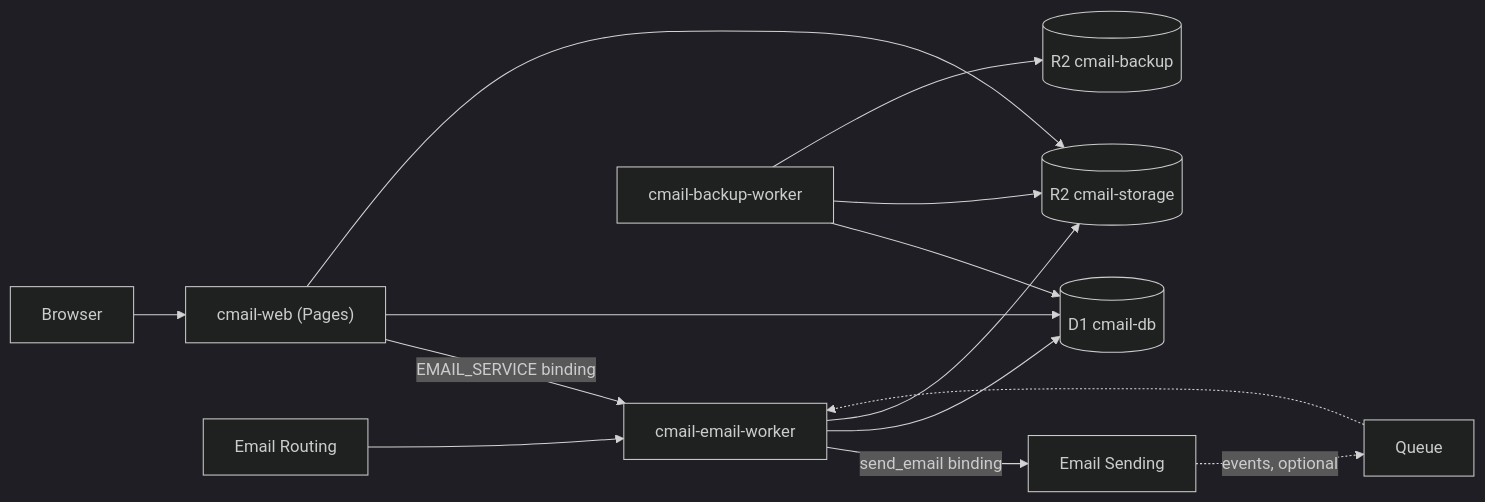
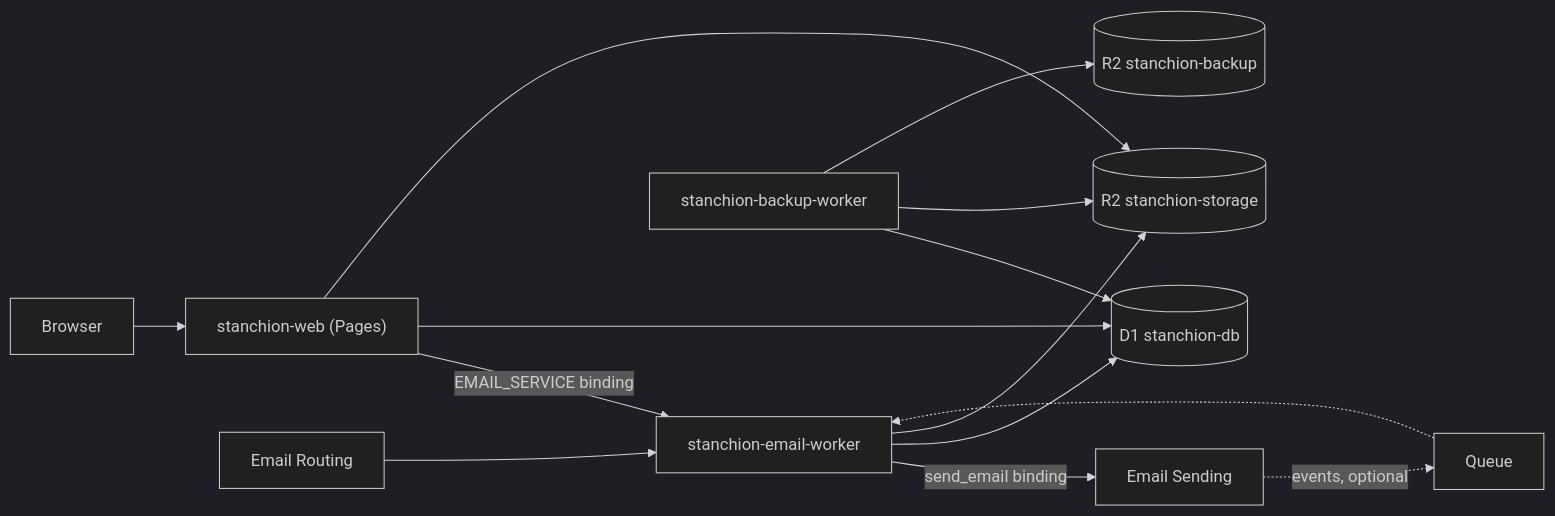
Before and after one commit to RME-Solutions-Technology/cmail: the diagram in docs/cloudflare-platform.md, drawn with Mermaid (dark theme). The commit also changed other lines of this file and 180 other files, not shown here.

````diff
--- a/docs/cloudflare-platform.md
+++ b/docs/cloudflare-platform.md
@@ -19,15 +19,15 @@
 ```mermaid
 flowchart LR
-  browser["Browser"] --> web["cmail-web (Pages)"]
-  web -->|"EMAIL_SERVICE binding"| worker["cmail-email-worker"]
+  browser["Browser"] --> web["stanchion-web (Pages)"]
+  web -->|"EMAIL_SERVICE binding"| worker["stanchion-email-worker"]
   worker -->|"send_email binding"| sending["Email Sending"]
   routing["Email Routing"] --> worker
   sending -.->|"events, optional"| queue["Queue"] -.-> worker
-  web --> d1[("D1 cmail-db")]
-  web --> r2[("R2 cmail-storage")]
+  web --> d1[("D1 stanchion-db")]
+  web --> r2[("R2 stanchion-storage")]
   worker --> d1
   worker --> r2
-  backup["cmail-backup-worker"] --> d1
+  backup["stanchion-backup-worker"] --> d1
   backup --> r2
-  backup --> r2b[("R2 cmail-backup")]
+  backup --> r2b[("R2 stanchion-backup")]
 ```
````
